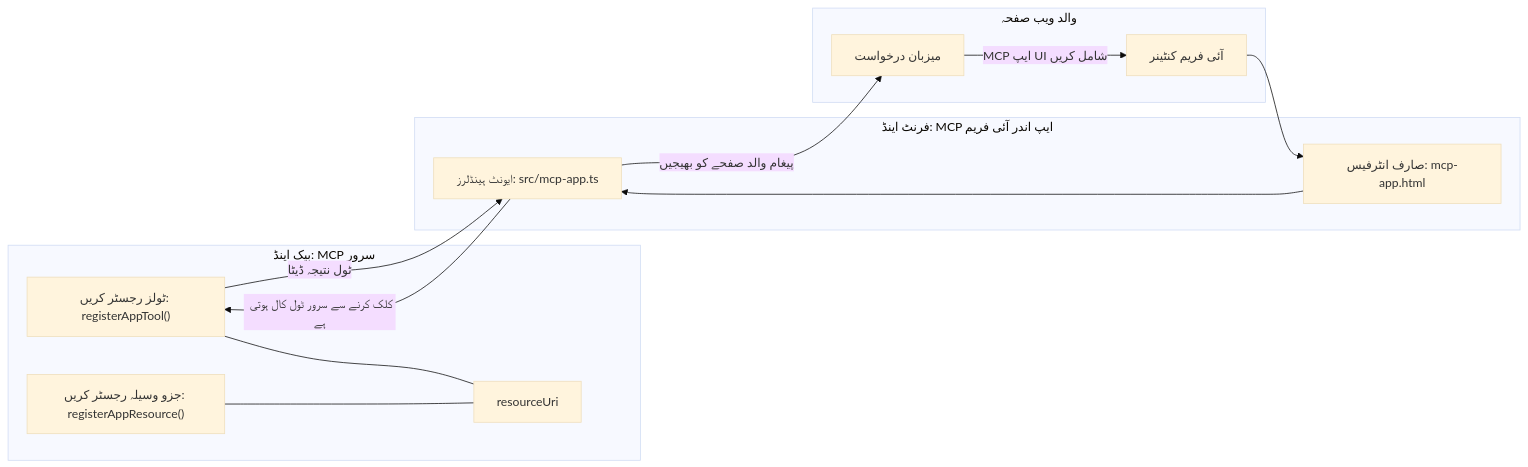
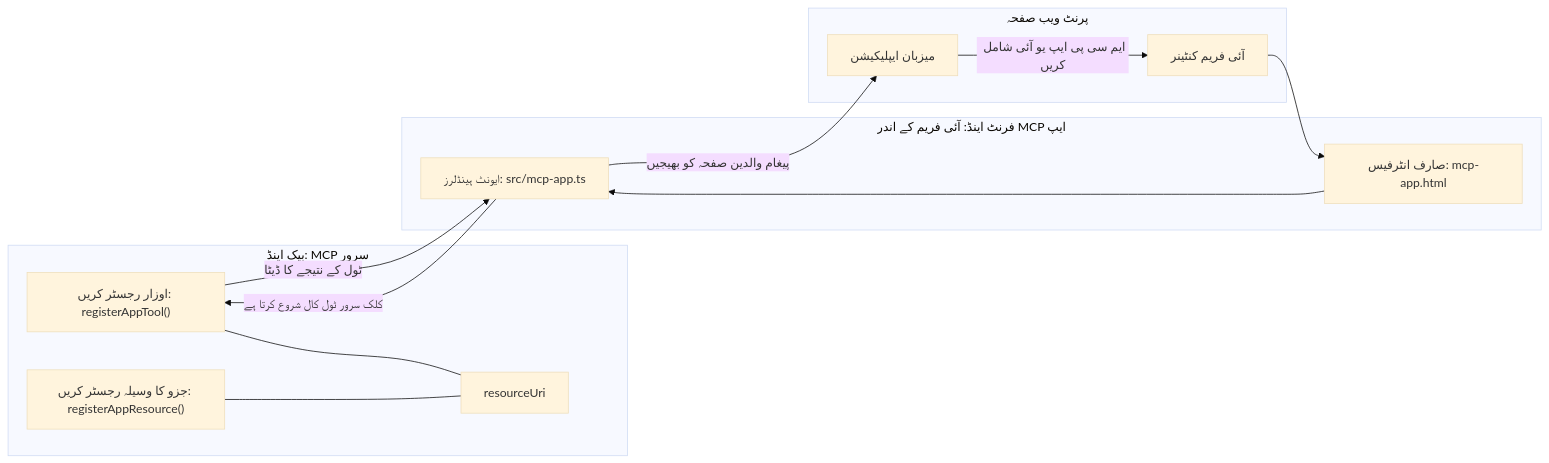
One commit to HIDORAKAI002/ai-workspace-archive changed the diagram in mcp_ecosystem__model_context_protocol/mcp_learning_resources/mcp-for-beginners/translations/ur/03-GettingStarted/15-mcp-apps/README.md. Above: the diagram before and after it, drawn with Mermaid (base theme). The commit also changed other lines of this file and 1160 other files, not shown here.

````diff
--- a/mcp_ecosystem__model_context_protocol/mcp_learning_resources/mcp-for-beginners/translations/ur/03-GettingStarted/15-mcp-apps/README.md
+++ b/mcp_ecosystem__model_context_protocol/mcp_learning_resources/mcp-for-beginners/translations/ur/03-GettingStarted/15-mcp-apps/README.md
@@ -32,27 +32,27 @@
 ```mermaid
 flowchart LR
   subgraph Backend[بیک اینڈ: MCP سرور]
-    T["ٹولز رجسٹر کریں: registerAppTool()"]
-    C["جزو وسیلہ رجسٹر کریں: registerAppResource()"]
+    T["اوزار رجسٹر کریں: registerAppTool()"]
+    C["جزو کا وسیلہ رجسٹر کریں: registerAppResource()"]
     U[resourceUri]
     T --- U
     C --- U
   end
 
-  subgraph Parent[والد ویب صفحہ]
-    H[میزبان درخواست]
+  subgraph Parent[پرنٹ ویب صفحہ]
+    H[میزبان ایپلیکیشن]
     IFRAME[آئی فریم کنٹینر]
-    H -->|MCP ایپ UI شامل کریں| IFRAME
+    H -->|ایم سی پی ایپ یو آئی شامل کریں| IFRAME
   end
 
-  subgraph Frontend[فرنٹ اینڈ: MCP ایپ اندر آئی فریم]
+  subgraph Frontend[فرنٹ اینڈ: آئی فریم کے اندر MCP ایپ]
     UI["صارف انٹرفیس: mcp-app.html"]
     EH["ایونٹ ہینڈلرز: src/mcp-app.ts"]
     UI --> EH
   end
 
   IFRAME --> UI
-  EH -->|کلک کرنے سے سرور ٹول کال ہوتی ہے| T
-  T -->|ٹول نتیجہ ڈیٹا| EH
-  EH -->|پیغام والد صفحے کو بھیجیں| H
+  EH -->|کلک سرور ٹول کال شروع کرتا ہے| T
+  T -->|ٹول کے نتیجے کا ڈیٹا| EH
+  EH -->|پیغام والدین صفحہ کو بھیجیں| H
 ```
````
